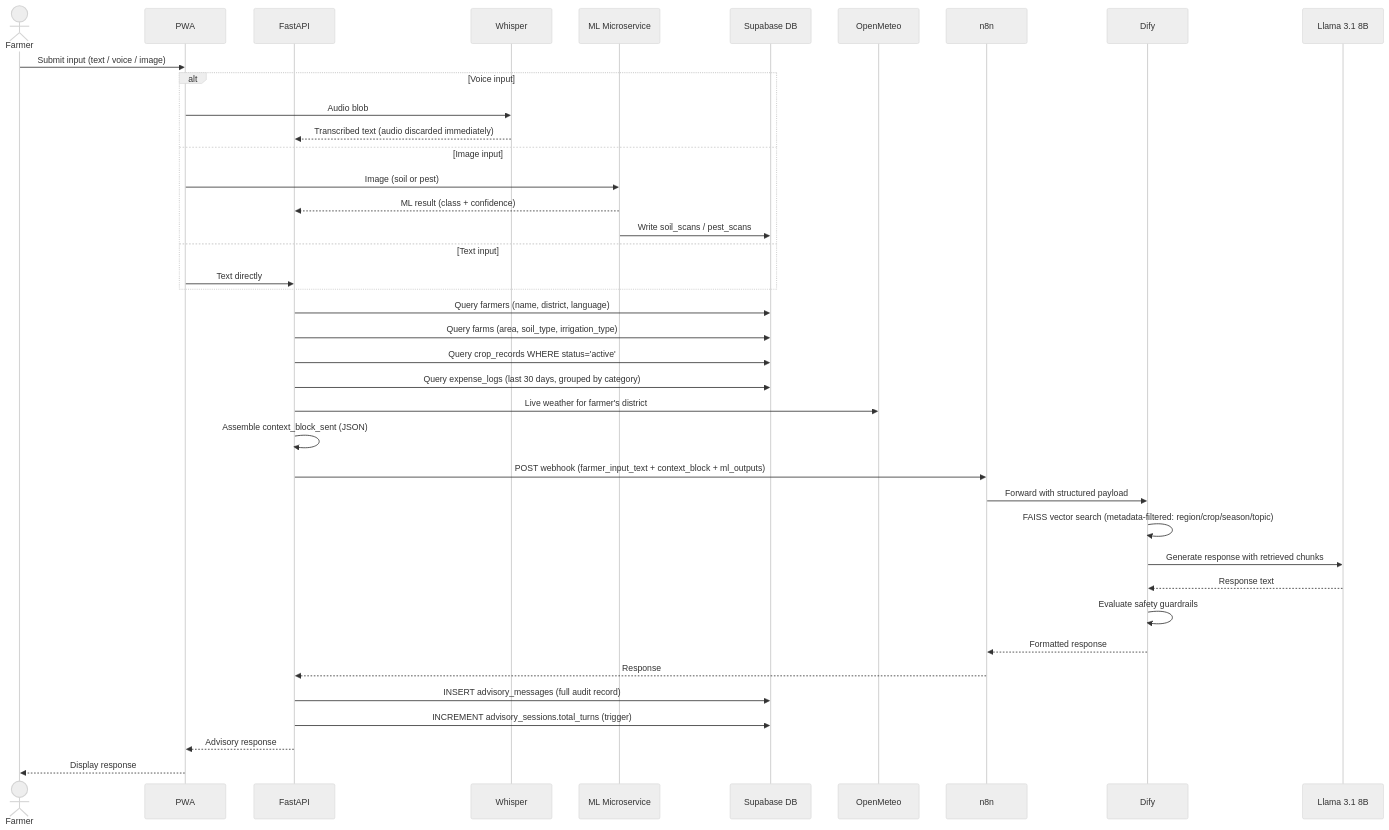
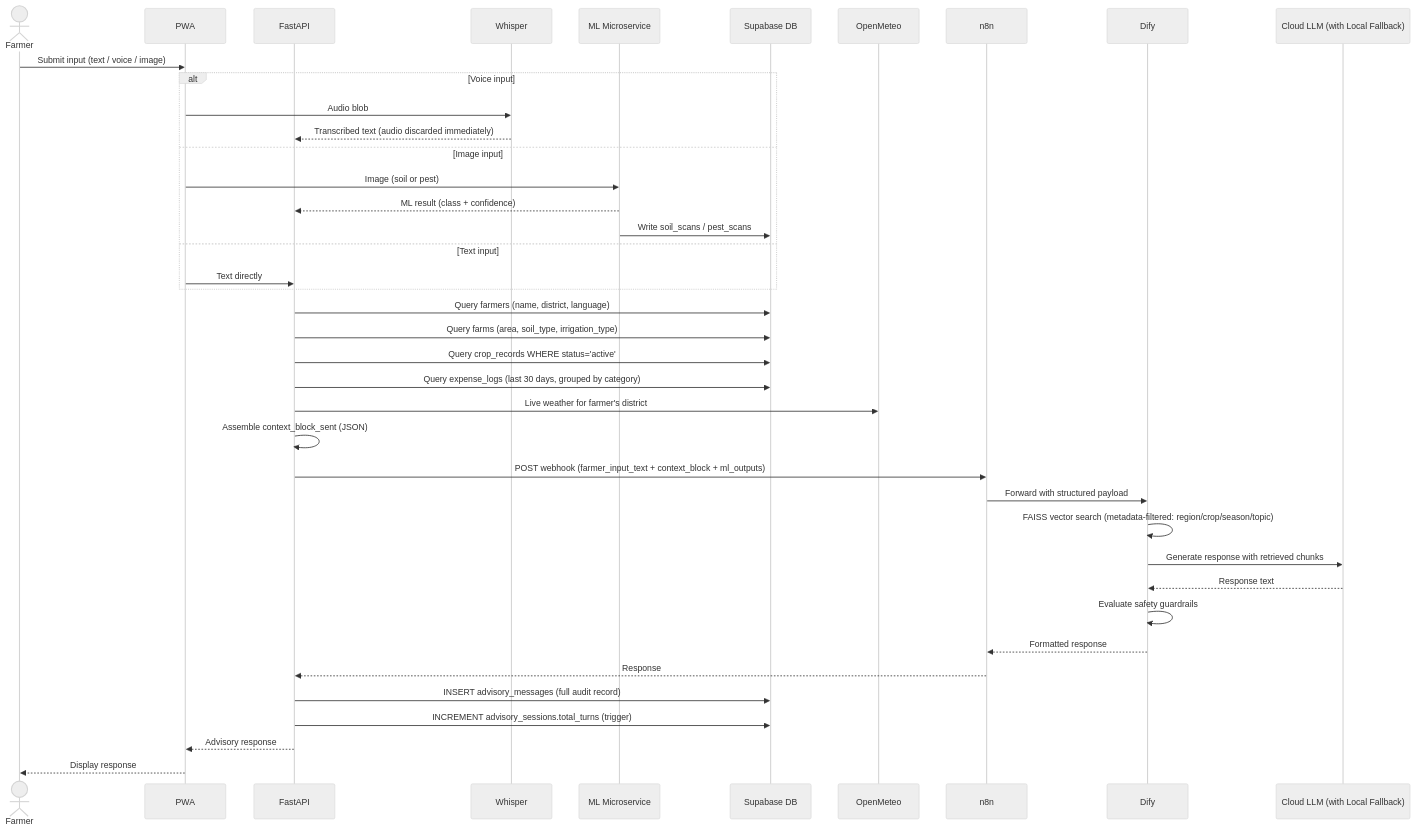
Before and after one commit to spark-456/krishi-sakhi: the second of 9 diagrams in solution.md, drawn with Mermaid (neutral theme). The commit also changed other lines of this file and 1 other file, not shown here.

````diff
--- a/solution.md
+++ b/solution.md
@@ -82,49 +82,49 @@
 ```mermaid
 sequenceDiagram
     actor Farmer
     participant PWA
     participant FastAPI
     participant Whisper
     participant MLService as ML Microservice
     participant SupaDB as Supabase DB
     participant OpenMeteo
     participant n8n
     participant Dify
-    participant Llama as Llama 3.1 8B
+    participant LLM as Cloud LLM (with Local Fallback)
 
     Farmer->>PWA: Submit input (text / voice / image)
 
     alt Voice input
         PWA->>Whisper: Audio blob
         Whisper-->>FastAPI: Transcribed text (audio discarded immediately)
     else Image input
         PWA->>MLService: Image (soil or pest)
         MLService-->>FastAPI: ML result (class + confidence)
         MLService->>SupaDB: Write soil_scans / pest_scans
     else Text input
         PWA->>FastAPI: Text directly
     end
 
     FastAPI->>SupaDB: Query farmers (name, district, language)
     FastAPI->>SupaDB: Query farms (area, soil_type, irrigation_type)
     FastAPI->>SupaDB: Query crop_records WHERE status='active'
     FastAPI->>SupaDB: Query expense_logs (last 30 days, grouped by category)
     FastAPI->>OpenMeteo: Live weather for farmer's district
 
     FastAPI->>FastAPI: Assemble context_block_sent (JSON)
 
     FastAPI->>n8n: POST webhook (farmer_input_text + context_block + ml_outputs)
     n8n->>Dify: Forward with structured payload
     Dify->>Dify: FAISS vector search (metadata-filtered: region/crop/season/topic)
-    Dify->>Llama: Generate response with retrieved chunks
-    Llama-->>Dify: Response text
+    Dify->>LLM: Generate response with retrieved chunks
+    LLM-->>Dify: Response text
     Dify->>Dify: Evaluate safety guardrails
     Dify-->>n8n: Formatted response
     n8n-->>FastAPI: Response
 
     FastAPI->>SupaDB: INSERT advisory_messages (full audit record)
     FastAPI->>SupaDB: INCREMENT advisory_sessions.total_turns (trigger)
     FastAPI-->>PWA: Advisory response
 
     PWA-->>Farmer: Display response
 ```
````
